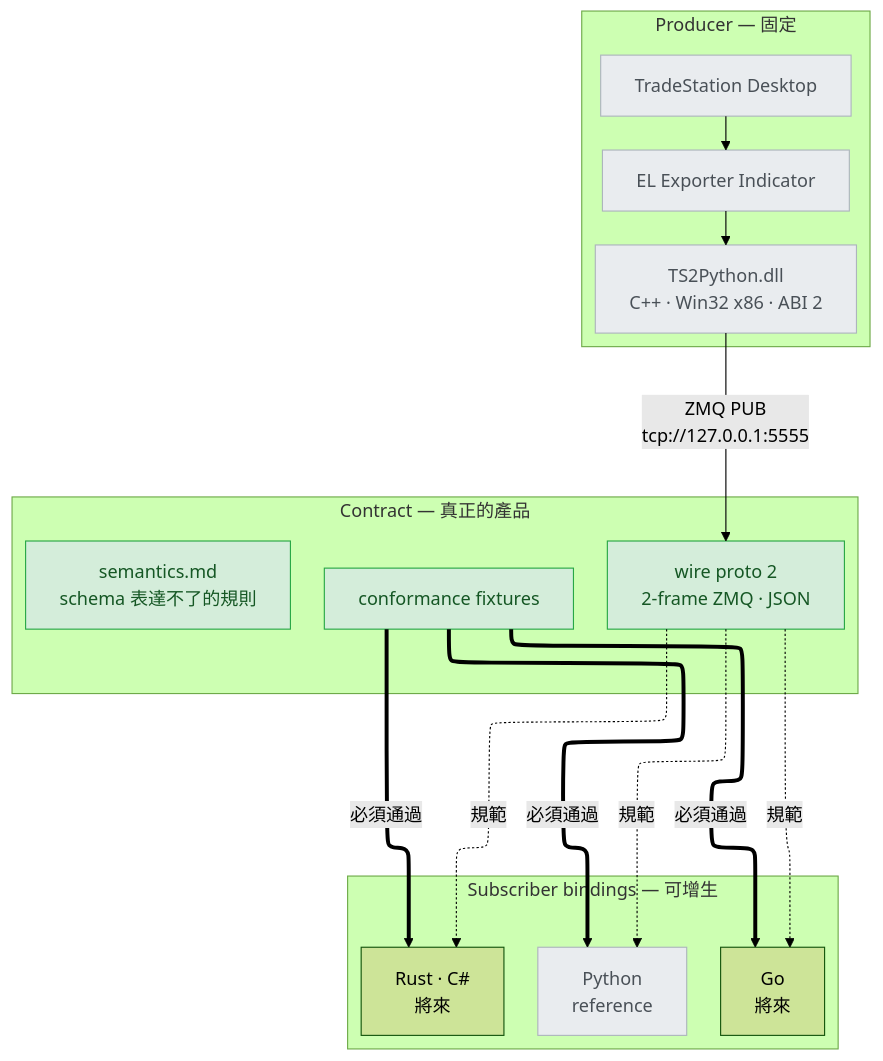
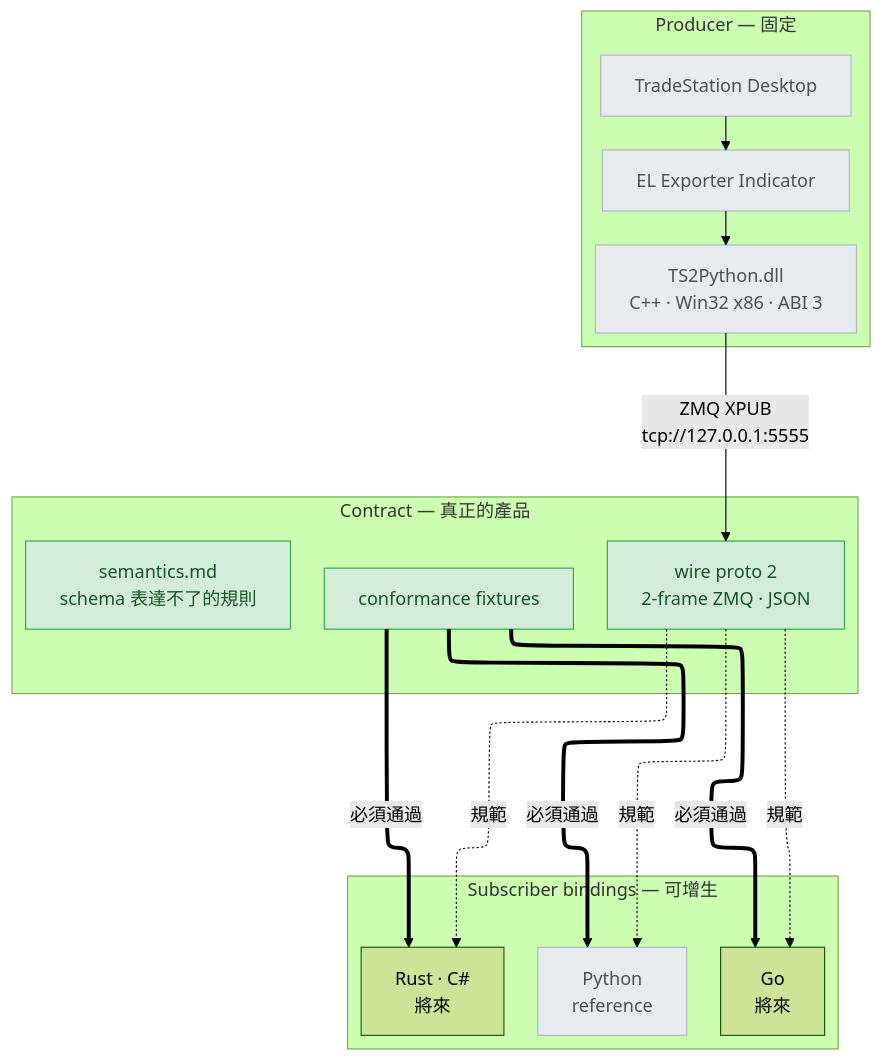
Before and after one commit to millerlai/tradestation-data-provider: the diagram in README.zh-TW.md, drawn with Mermaid (forest theme). The commit also changed other lines of this file and 26 other files, not shown here.

First line of the commit message:
feat(abi)!: EL_Init announces its chart and waits for a subscriber

````diff
--- a/README.zh-TW.md
+++ b/README.zh-TW.md
@@ -16,38 +16,38 @@
 ```mermaid
 ---
 config:
   flowchart:
     defaultRenderer: elk
 ---
 flowchart TB
     subgraph PROD["Producer — 固定"]
         direction TB
         TS["TradeStation Desktop"]
         EL["EL Exporter Indicator"]
-        DLL["TS2Python.dll<br/>C++ · Win32 x86 · ABI 2"]
+        DLL["TS2Python.dll<br/>C++ · Win32 x86 · ABI 3"]
         TS --> EL --> DLL
     end
     subgraph CON["Contract — 真正的產品"]
         WIRE["wire proto 2<br/>2-frame ZMQ · JSON"]
         SEM["semantics.md<br/>schema 表達不了的規則"]
         FIX["conformance fixtures"]
     end
     subgraph BIND["Subscriber bindings — 可增生"]
         direction LR
         PY["Python<br/>reference"]
         GO["Go<br/>將來"]
         RS["Rust · C#<br/>將來"]
     end
-    DLL -->|"ZMQ PUB<br/>tcp://127.0.0.1:5555"| WIRE
+    DLL -->|"ZMQ XPUB<br/>tcp://127.0.0.1:5555"| WIRE
     WIRE -.->|規範| PY
     WIRE -.->|規範| GO
     WIRE -.->|規範| RS
     FIX ==>|必須通過| PY
     FIX ==>|必須通過| GO
     FIX ==>|必須通過| RS
 
     classDef existing fill:#e9ecef,stroke:#adb5bd,color:#495057
     classDef added fill:#d4edda,stroke:#28a745,color:#155724
     class TS,EL,DLL,PY existing
     class WIRE,SEM,FIX added
 ```
````
